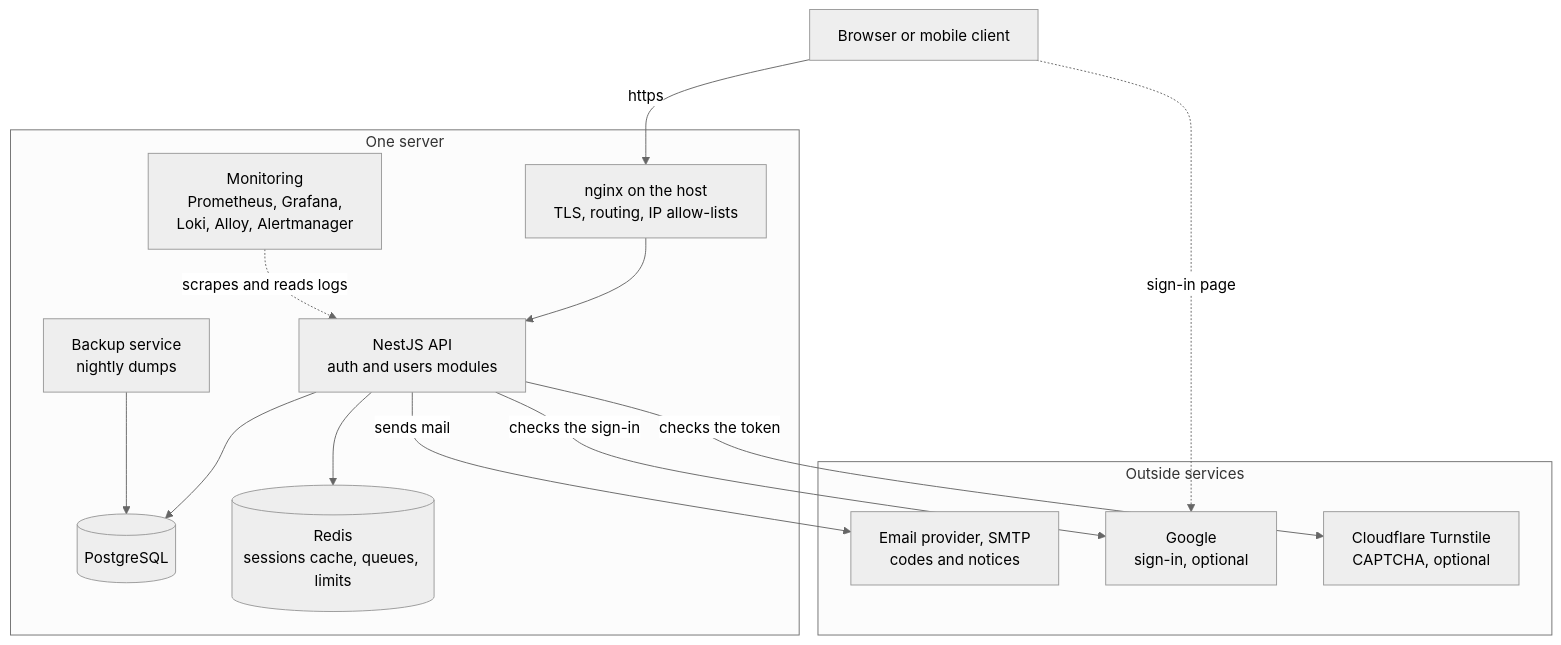
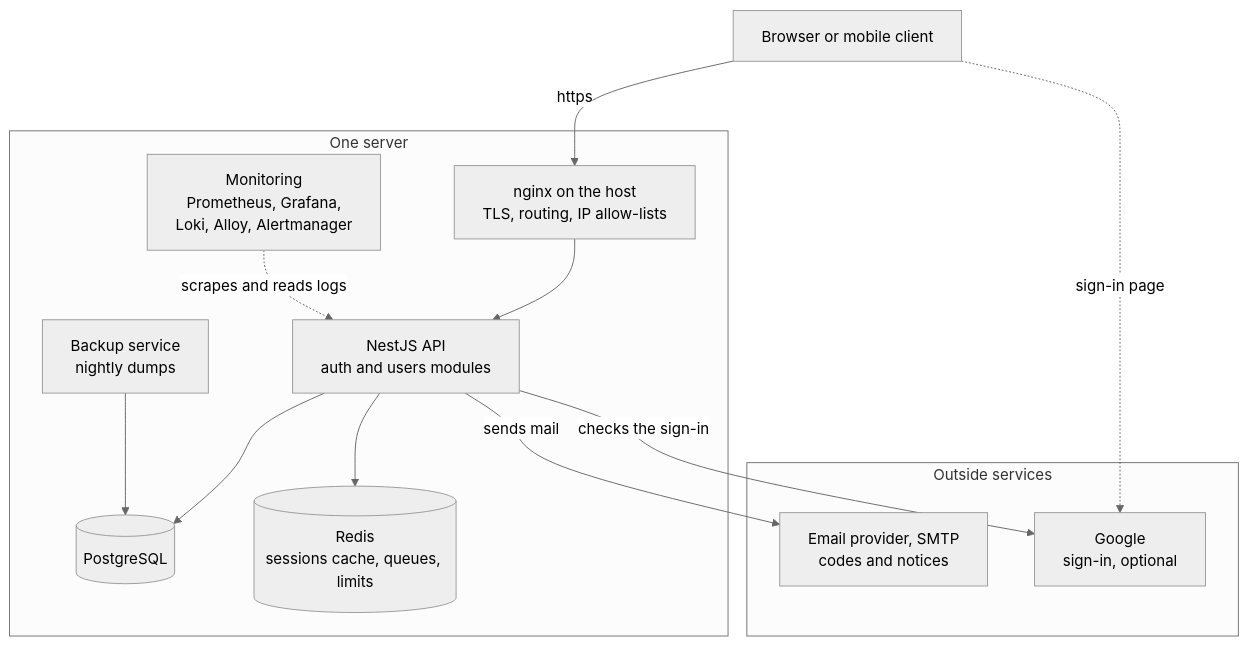
Before and after one commit to StoriuSs/NezFocus-Backend: the first of 5 diagrams in OVERVIEW.md, drawn with Mermaid (neutral theme). The commit also changed other lines of this file and 177 other files, not shown here.

````diff
--- a/OVERVIEW.md
+++ b/OVERVIEW.md
@@ -76,30 +75,28 @@
 ```mermaid
 flowchart TB
     Browser["Browser or mobile client"]
 
     subgraph stack["One server"]
         Nginx["nginx on the host<br/>TLS, routing, IP allow-lists"]
         App["NestJS API<br/>auth and users modules"]
         PG[("PostgreSQL")]
         RD[("Redis<br/>sessions cache, queues, limits")]
         Backup["Backup service<br/>nightly dumps"]
         Mon["Monitoring<br/>Prometheus, Grafana,<br/>Loki, Alloy, Alertmanager"]
     end
 
     subgraph outside["Outside services"]
         SMTP["Email provider, SMTP<br/>codes and notices"]
         Google["Google<br/>sign-in, optional"]
-        CF["Cloudflare Turnstile<br/>CAPTCHA, optional"]
     end
 
     Browser -->|https| Nginx
     Browser -.->|sign-in page| Google
     Nginx --> App
     App --> PG
     App --> RD
     App -->|sends mail| SMTP
     App -->|checks the sign-in| Google
-    App -->|checks the token| CF
     Backup --> PG
     Mon -.->|scrapes and reads logs| App
 ```
````
